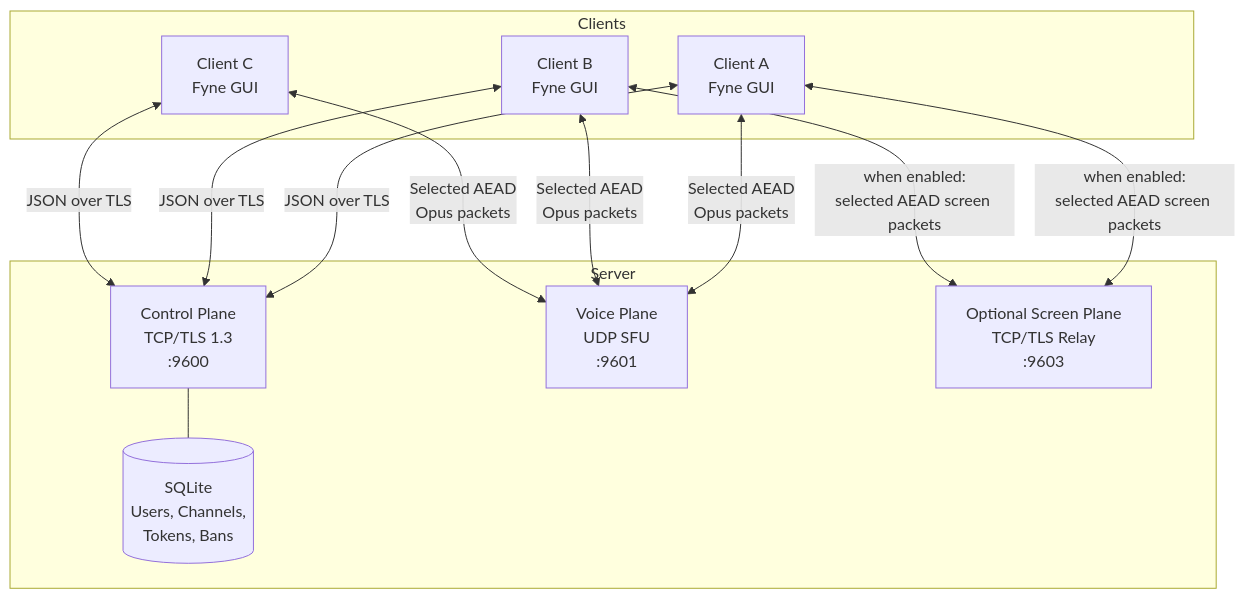
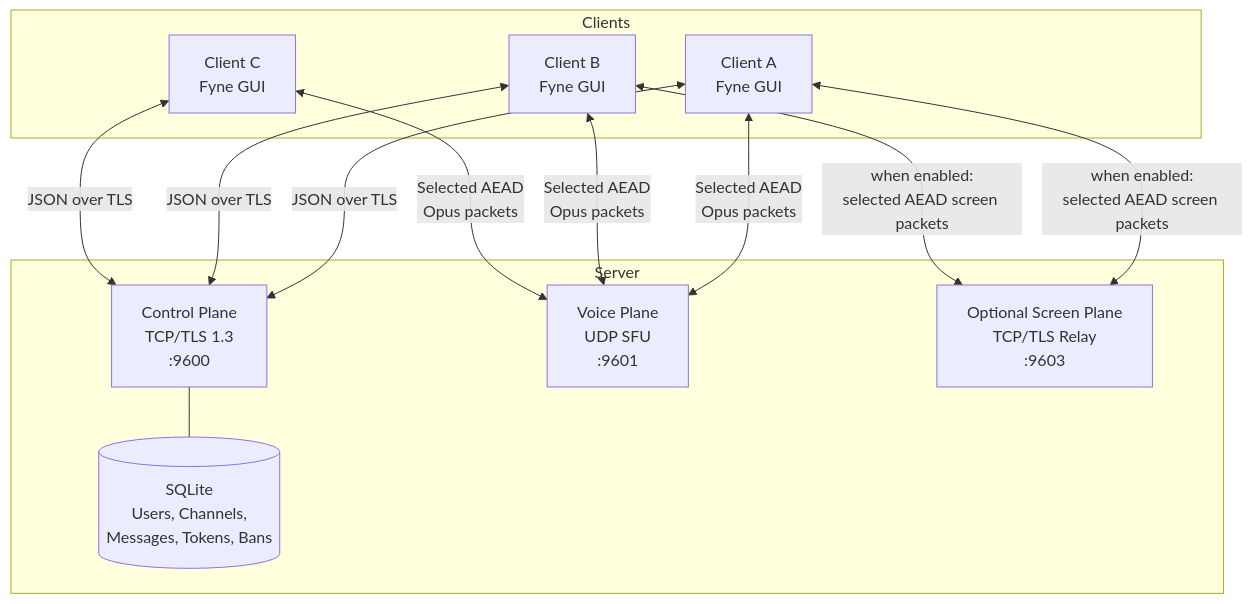
One commit to NicolasHaas/gospeak changed the first of 5 diagrams in docs/architecture.md. Above: the diagram before and after it, drawn with Mermaid. The commit also changed 3 other files, not shown here.

````diff
--- a/docs/architecture.md
+++ b/docs/architecture.md
@@ -7,28 +7,28 @@
 ```mermaid
 graph TB
     subgraph Clients
         C1[Client A<br/>Fyne GUI]
         C2[Client B<br/>Fyne GUI]
         C3[Client C<br/>Fyne GUI]
     end
 
     subgraph Server
         CTRL[Control Plane<br/>TCP/TLS 1.3<br/>:9600]
         SFU[Voice Plane<br/>UDP SFU<br/>:9601]
         SCR[Optional Screen Plane<br/>TCP/TLS Relay<br/>:9603]
-        DB[(SQLite<br/>Users, Channels,<br/>Tokens, Bans)]
+        DB[(SQLite<br/>Users, Channels,<br/>Messages, Tokens, Bans)]
     end
 
     C1 <-->|JSON over TLS| CTRL
     C2 <-->|JSON over TLS| CTRL
     C3 <-->|JSON over TLS| CTRL
 
     C1 <-->|Selected AEAD<br/>Opus packets| SFU
     C2 <-->|Selected AEAD<br/>Opus packets| SFU
     C3 <-->|Selected AEAD<br/>Opus packets| SFU
 
     C1 <-->|when enabled:<br/>selected AEAD screen packets| SCR
     C2 <-->|when enabled:<br/>selected AEAD screen packets| SCR
 
     CTRL --- DB
 ```
````
